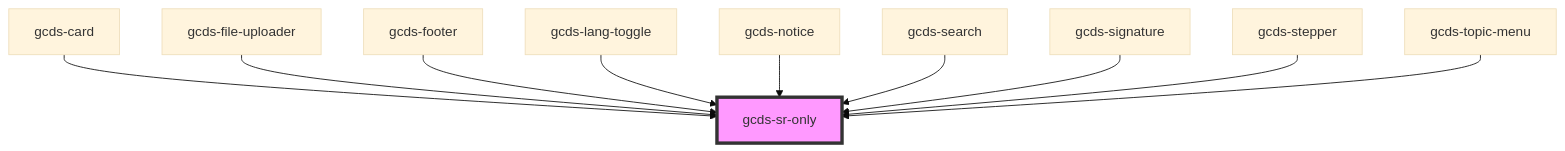
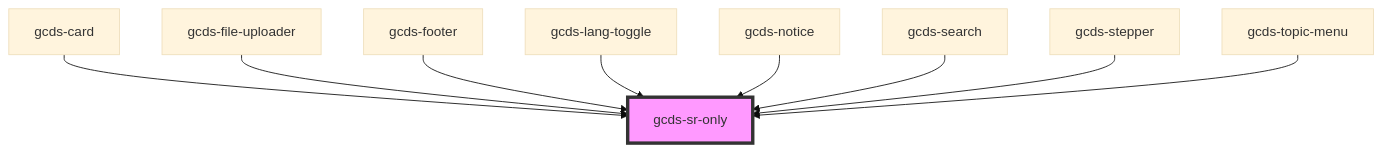
Before and after one commit to cds-snc/gcds-components: the diagram in packages/web/src/components/gcds-sr-only/readme.md, drawn with Mermaid (base theme). The commit also changed other lines of this file and 4 other files, not shown here.

Commit message:
remove: sr-only deps on signature

````diff
--- a/packages/web/src/components/gcds-sr-only/readme.md
+++ b/packages/web/src/components/gcds-sr-only/readme.md
@@ -30,13 +29,12 @@
 ```mermaid
 graph TD;
   gcds-card --> gcds-sr-only
   gcds-file-uploader --> gcds-sr-only
   gcds-footer --> gcds-sr-only
   gcds-lang-toggle --> gcds-sr-only
   gcds-notice --> gcds-sr-only
   gcds-search --> gcds-sr-only
-  gcds-signature --> gcds-sr-only
   gcds-stepper --> gcds-sr-only
   gcds-topic-menu --> gcds-sr-only
   style gcds-sr-only fill:#f9f,stroke:#333,stroke-width:4px
 ```
````
